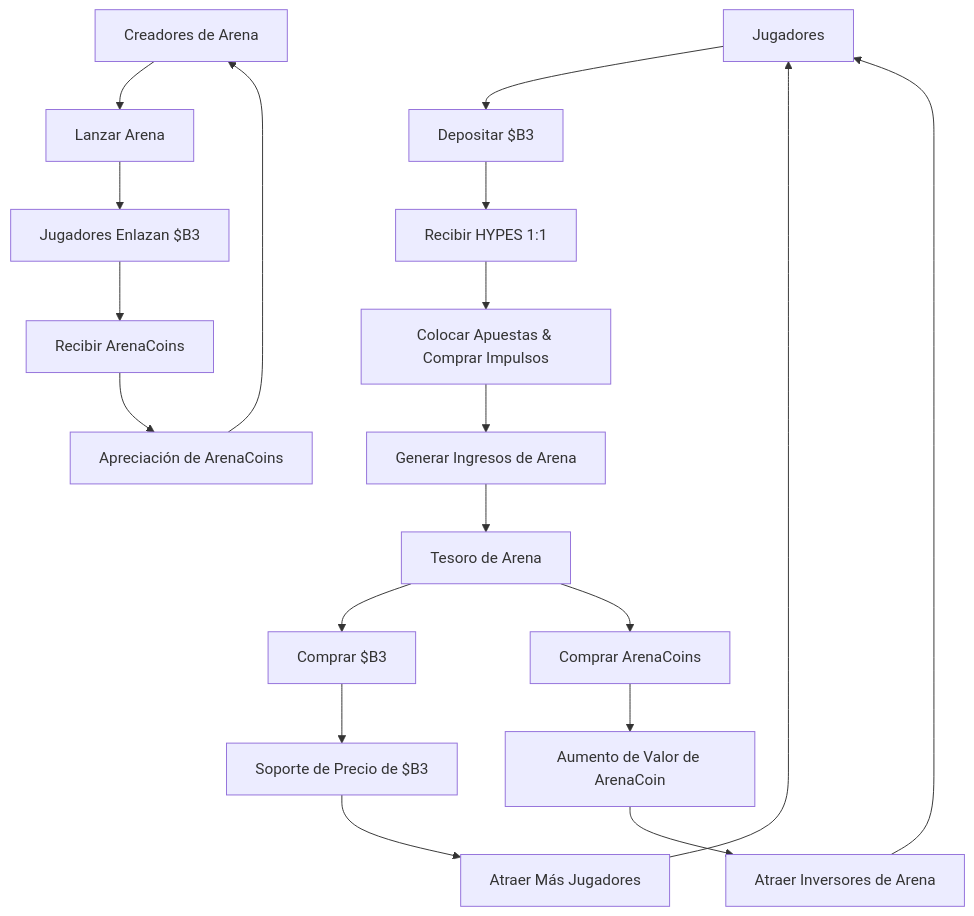
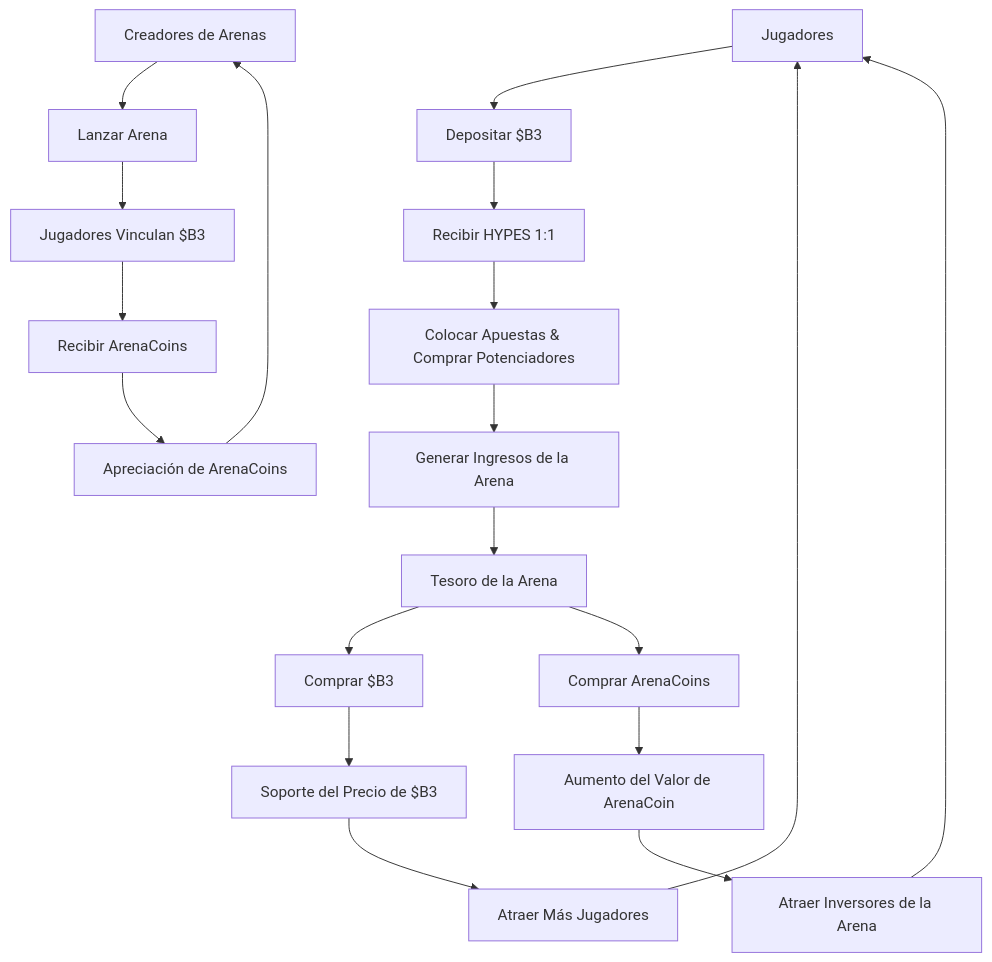
The diagram in docs/es/hypeduel/tokens-overview.mdx (b3-fun/b3), drawn with Mermaid before and after one commit. The commit also changed other lines of this file and 52 other files, not shown here.

````diff
--- a/docs/es/hypeduel/tokens-overview.mdx
+++ b/docs/es/hypeduel/tokens-overview.mdx
@@ -69,22 +29,22 @@
 ```mermaid
 graph TB
     A[Jugadores] --> B[Depositar $B3]
     B --> C[Recibir HYPES 1:1]
-    C --> D[Colocar Apuestas & Comprar Impulsos]
-    D --> E[Generar Ingresos de Arena]
-    E --> F[Tesoro de Arena]
+    C --> D[Colocar Apuestas & Comprar Potenciadores]
+    D --> E[Generar Ingresos de la Arena]
+    E --> F[Tesoro de la Arena]
     F --> G[Comprar $B3]
     F --> H[Comprar ArenaCoins]
-    G --> I[Soporte de Precio de $B3]
-    H --> J[Aumento de Valor de ArenaCoin]
-    J --> K[Atraer Inversores de Arena]
+    G --> I[Soporte del Precio de $B3]
+    H --> J[Aumento del Valor de ArenaCoin]
+    J --> K[Atraer Inversores de la Arena]
     I --> L[Atraer Más Jugadores]
     K --> A
     L --> A
 
-    M[Creadores de Arena] --> N[Lanzar Arena]
-    N --> O[Jugadores Enlazan $B3]
+    M[Creadores de Arenas] --> N[Lanzar Arena]
+    N --> O[Jugadores Vinculan $B3]
     O --> P[Recibir ArenaCoins]
     P --> Q[Apreciación de ArenaCoins]
     Q --> M
 ```
````
